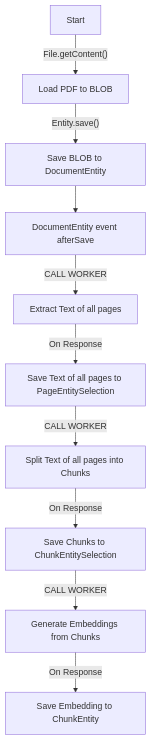
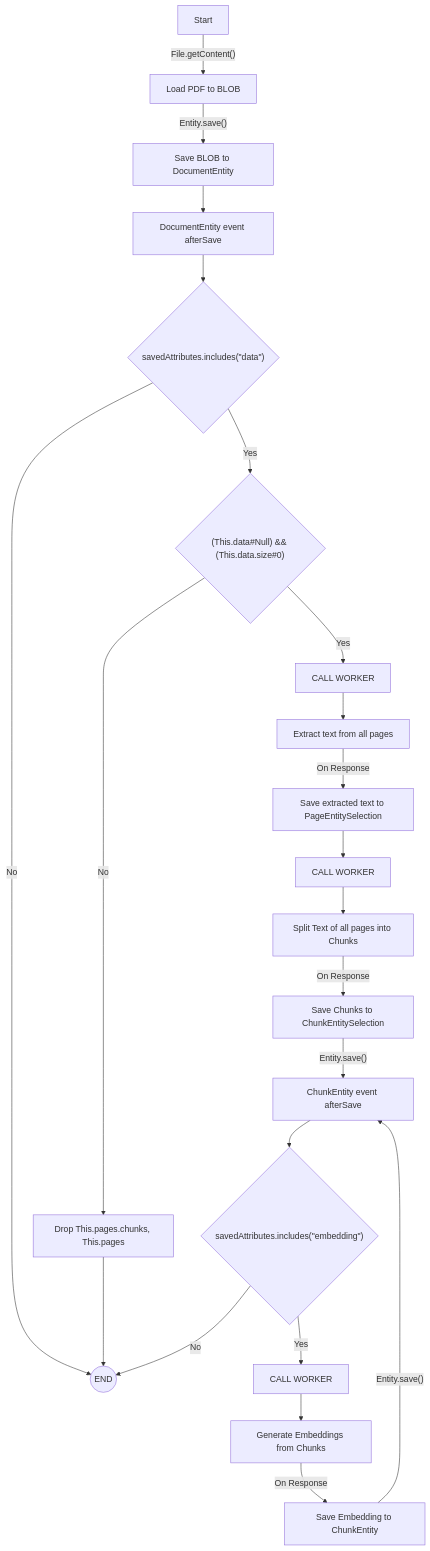
One commit to miyako/4d-example-pdf-chunking changed the diagram in README.md. Above: the diagram before and after it, drawn with Mermaid. The commit also changed other lines of this file, not shown here.

````diff
--- a/README.md
+++ b/README.md
@@ -9,12 +9,24 @@
 ```mermaid
   graph TD;
   A[Start] --> |"File.getContent()"| B[Load PDF to BLOB];
   B --> |"Entity.save()"|C[Save BLOB to DocumentEntity];
-  C --> D[DocumentEntity event afterSave];
-  D --> |CALL WORKER| E[Extract Text of all pages];
-  E --> |On Response| F[Save Text of all pages to PageEntitySelection];
-  F --> |CALL WORKER| G[Split Text of all pages into Chunks];
+  C --> C2[DocumentEntity event afterSave];
+  C2 --> C3{"savedAttributes.includes(&quot;data&quot;)"};
+  C3 -- Yes --> C4{"(This.data#Null) && (This.data.size#0)"};
+  C3 -- No  --> Z((END));
+  C4 -- Yes --> D[CALL WORKER];
+  C4 -- No --> C5[Drop This.pages.chunks, This.pages];
+  C5 --> Z[End];
+  D --> E[Extract text from all pages];
+  E --> |On Response| F[Save extracted text to PageEntitySelection];
+  F --> F2[CALL WORKER];
+  F2 --> G[Split Text of all pages into Chunks];
   G --> |On Response| H[Save Chunks to ChunkEntitySelection];
-  H --> |CALL WORKER| I[Generate Embeddings from Chunks];
-  I --> |On Response| J[Save Embedding to ChunkEntity];
+  H --> |"Entity.save()"| H2[ChunkEntity event afterSave];
+  H2 --> H3{"savedAttributes.includes(&quot;embedding&quot;)"};
+  H3 -- Yes --> H4[CALL WORKER];
+  H3 -- No  --> Z((END));
+  H4 --> J[Generate Embeddings from Chunks];
+  J --> |On Response| K[Save Embedding to ChunkEntity];
+  K --> |"Entity.save()"| H2[ChunkEntity event afterSave];
 ```
````
